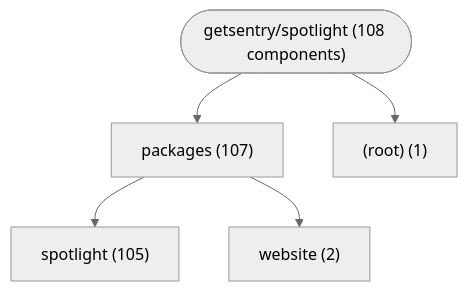
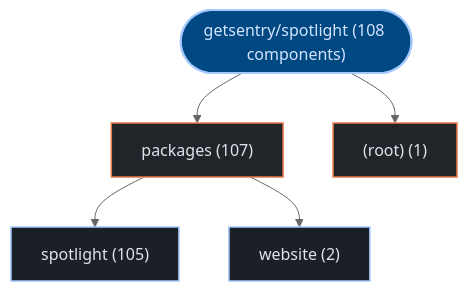
Before and after one commit to kumarshaz/atruss-code-atlas: the first of 3 diagrams in exports/latest/reports/getsentry-spotlight-report.md, drawn with Mermaid (neutral theme). The commit also changed other lines of this file and 331 other files, not shown here.

Commit message:
docs,ui,fix: update SDLC docs, reorder CI/CD DAG first, stylize Mermaid, and fix Arc42 pipeline topology

````diff
--- a/exports/latest/reports/getsentry-spotlight-report.md
+++ b/exports/latest/reports/getsentry-spotlight-report.md
@@ -42,12 +42,19 @@
 ```mermaid
 graph TD;
-    repo_root(["getsentry/spotlight (108 components)"])
-    dir_0_packages["packages (107)"]
+  classDef atlasRoot fill:#004882,stroke:#a3c9ff,stroke-width:2px,color:#d3e4ff
+  classDef atlasCategory fill:#212428,stroke:#E87A48,stroke-width:1.5px,color:#dfe3eb
+  classDef atlasWorkflow fill:#1b2026,stroke:#a3c9ff,stroke-width:1.5px,color:#dfe3eb
+  classDef atlasJob fill:#171c22,stroke:#8d9199,stroke-width:1px,color:#dfe3eb
+  classDef atlasTarget fill:#005227,stroke:#8bd99b,stroke-width:1.5px,color:#a7f6b6
+  classDef atlasAlert fill:#93000a,stroke:#ffb4ab,stroke-width:1.5px,color:#ffdad6
+  classDef atlasMore fill:#252a31,stroke:#8d9199,stroke-dasharray:4 4,color:#c3c6cf
+    repo_root(["getsentry/spotlight (108 components)"]):::atlasRoot
+    dir_0_packages["packages (107)"]:::atlasCategory
     repo_root --> dir_0_packages
-    sub_0_0_spotlight["spotlight (105)"]
+    sub_0_0_spotlight["spotlight (105)"]:::atlasWorkflow
     dir_0_packages --> sub_0_0_spotlight
-    sub_0_1_website["website (2)"]
+    sub_0_1_website["website (2)"]:::atlasWorkflow
     dir_0_packages --> sub_0_1_website
-    dir_1__root_["(root) (1)"]
+    dir_1__root_["(root) (1)"]:::atlasCategory
     repo_root --> dir_1__root_
 ```
````
